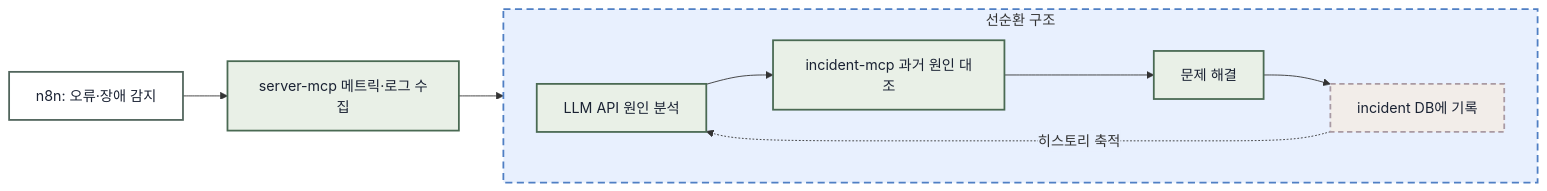
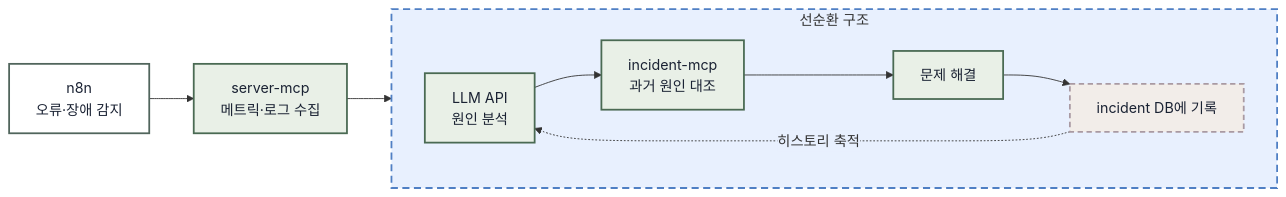
Before and after one commit to leaf-nam/portfolio: the diagram in assets/docs/ops-response-flow.mmd, drawn with Mermaid.

Commit message:
style: two-line labels in ops flowchart

```diff
--- a/assets/docs/ops-response-flow.mmd
+++ b/assets/docs/ops-response-flow.mmd
@@ -1,21 +1,21 @@
 %%{init: {"themeVariables": {"edgeLabelBackground": "#e8f0fe"}}}%%
 flowchart LR
     %% 장애 대응 흐름 + 선순환 구분 (초안)
     %% 미리보기: https://mermaid.live 에 붙여넣기
-    TR["n8n: 오류·장애 감지"] --> C["server-mcp 메트릭·로그 수집"] --> L
+    TR["n8n<br/>오류·장애 감지"] --> C["server-mcp<br/>메트릭·로그 수집"] --> L
     subgraph CYCLE["선순환 구조"]
         direction LR
-        L["LLM API 원인 분석"]
-        L --> I["incident-mcp 과거 원인 대조"]
+        L["LLM API<br/>원인 분석"]
+        L --> I["incident-mcp<br/>과거 원인 대조"]
         I --> S["문제 해결"]
         S --> R["incident DB에 기록"]
         R -. "히스토리 축적" .-> L
     end
     classDef step fill:#e9f0e7,stroke:#4a6a53,stroke-width:2px,color:#1a2233
     classDef rec fill:#f2ede9,stroke:#a99aa3,stroke-width:2px,stroke-dasharray:6 4,color:#1a2233
     classDef cyclebox fill:#e8f0fe,stroke:#4f7fc4,stroke-width:2px,stroke-dasharray:8 5
     classDef trig fill:#ffffff,stroke:#51655c,stroke-width:2px,color:#1a2233
     class C,L,I,S step
     class R rec
     class TR trig
     class CYCLE cyclebox
```
